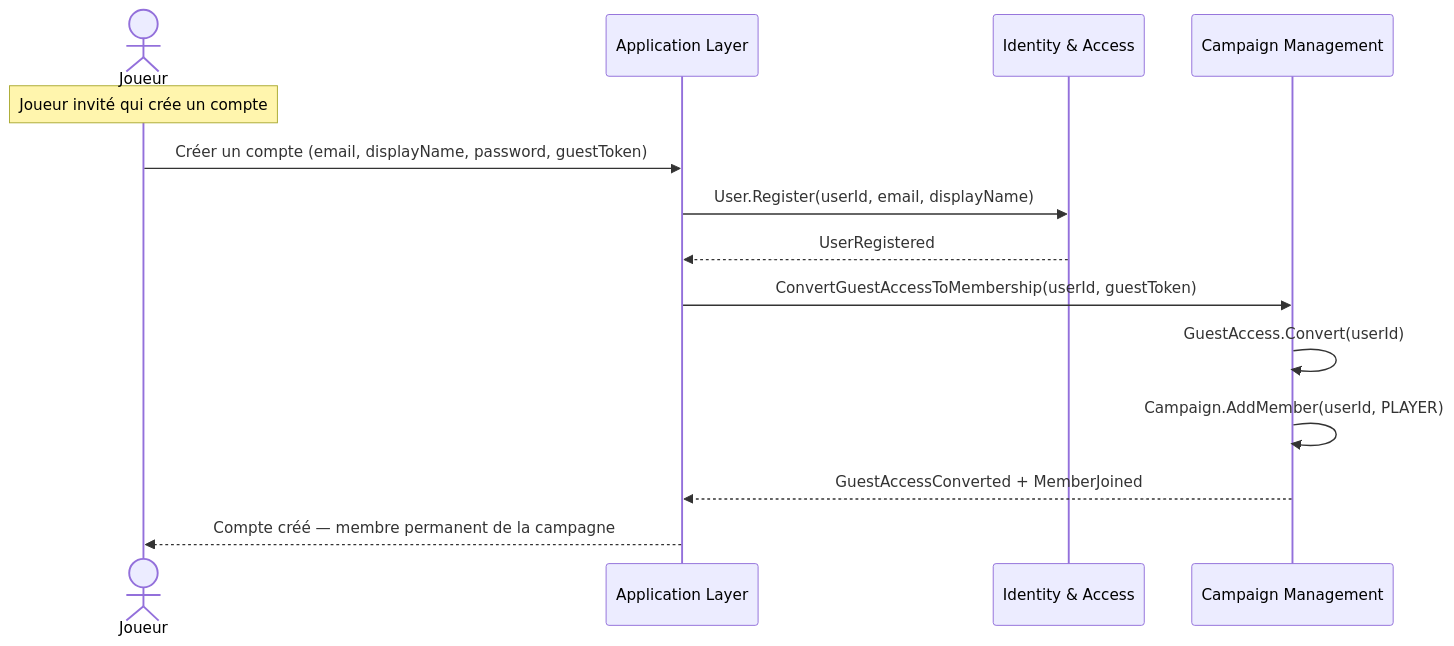
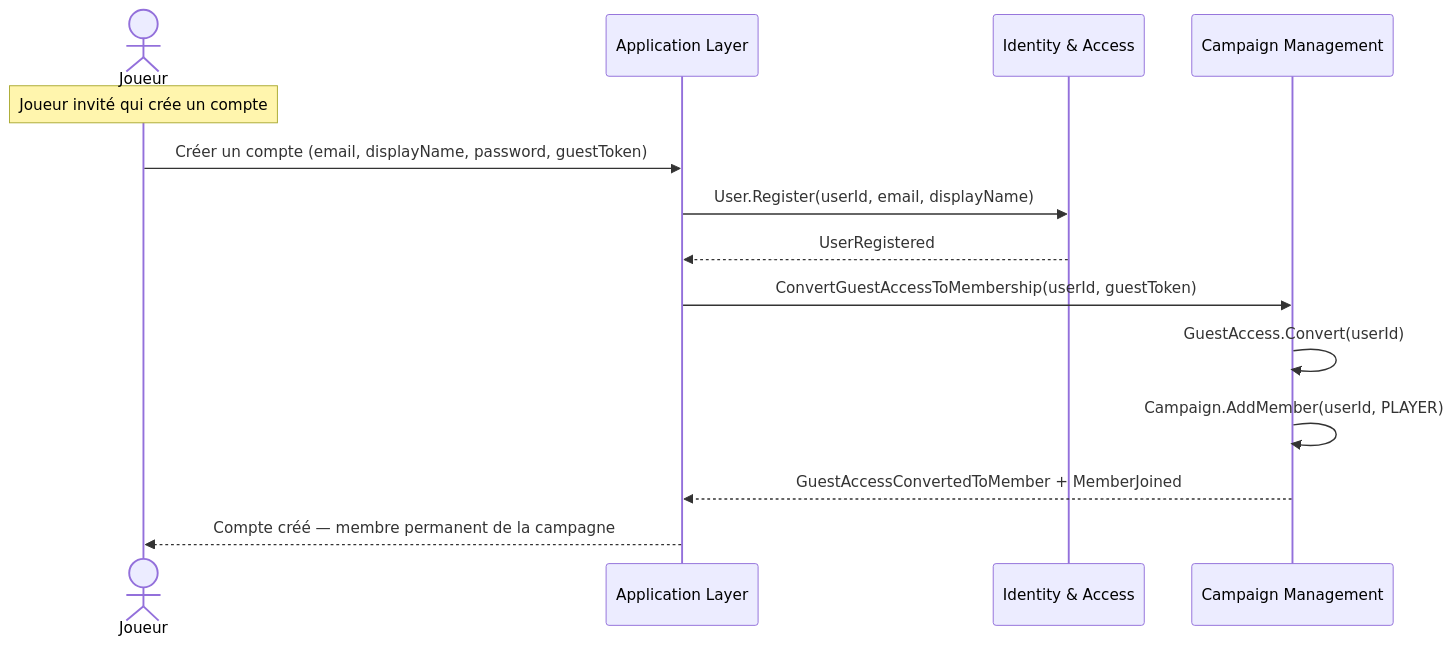
Before and after one commit to 2025-10-CDA-ECO-P6/PM-micro-saas: the sixth of 7 diagrams in docs/conception/domain/diagrams/flows/campaign-management.md, drawn with Mermaid. The commit also changed other lines of this file and 17 other files, not shown here.

````diff
--- a/docs/conception/domain/diagrams/flows/campaign-management.md
+++ b/docs/conception/domain/diagrams/flows/campaign-management.md
@@ -105,17 +105,17 @@
 ```mermaid
 sequenceDiagram
     actor Joueur
     participant App as Application Layer
     participant IA as Identity & Access
     participant CM as Campaign Management
 
     Note over Joueur: Joueur invité qui crée un compte
     Joueur->>App: Créer un compte (email, displayName, password, guestToken)
     App->>IA: User.Register(userId, email, displayName)
     IA-->>App: UserRegistered
     App->>CM: ConvertGuestAccessToMembership(userId, guestToken)
     CM->>CM: GuestAccess.Convert(userId)
     CM->>CM: Campaign.AddMember(userId, PLAYER)
-    CM-->>App: GuestAccessConverted + MemberJoined
+    CM-->>App: GuestAccessConvertedToMember + MemberJoined
     App-->>Joueur: Compte créé — membre permanent de la campagne
 ```
````
